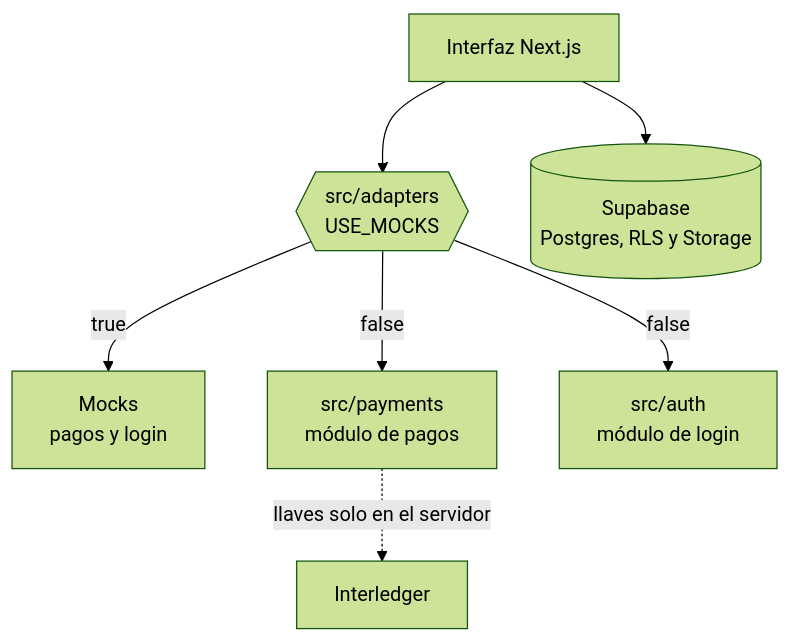
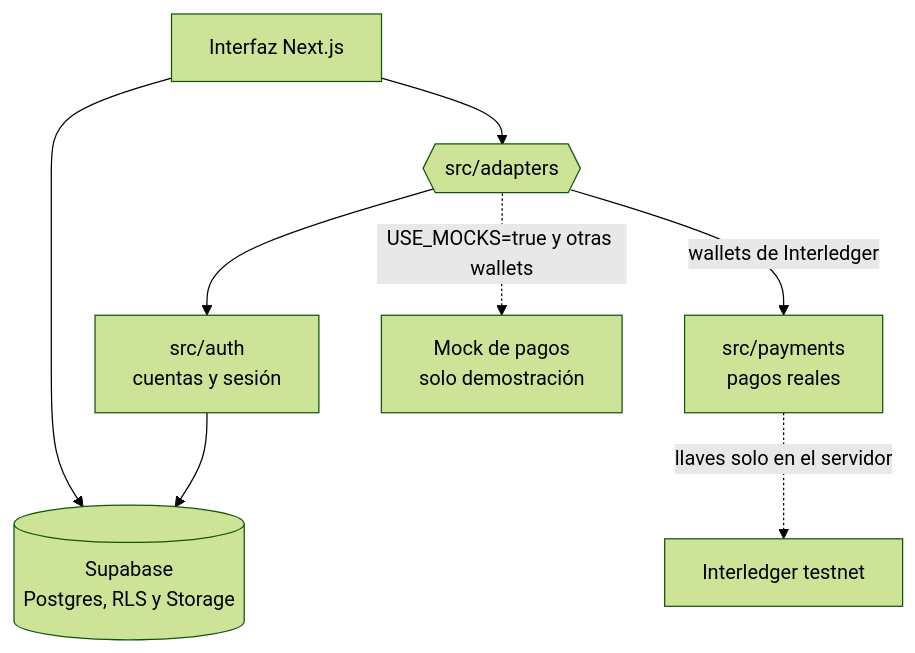
One commit to SalazarDukeImpactHub/terracierta-by-onyx changed the second of 2 diagrams in README.md. Above: the diagram before and after it, drawn with Mermaid (forest theme). The commit also changed other lines of this file and 3 other files, not shown here.

````diff
--- a/README.md
+++ b/README.md
@@ -107,9 +112,10 @@
 ```mermaid
 flowchart TB
-  UI[Interfaz Next.js] --> AD{{src/adapters<br/>USE_MOCKS}}
-  AD -->|true| MK[Mocks<br/>pagos y login]
-  AD -->|false| PAY[src/payments<br/>módulo de pagos]
-  AD -->|false| AUTH[src/auth<br/>módulo de login]
-  UI --> DB[(Supabase<br/>Postgres, RLS y Storage)]
-  PAY -. llaves solo en el servidor .-> OP[Interledger]
+  UI[Interfaz Next.js] --> AD{{src/adapters}}
+  AD --> AUTH[src/auth<br/>cuentas y sesión]
+  AD -->|wallets de Interledger| PAY[src/payments<br/>pagos reales]
+  AD -. USE_MOCKS=true y otras wallets .-> MK[Mock de pagos<br/>solo demostración]
+  AUTH --> DB[(Supabase<br/>Postgres, RLS y Storage)]
+  UI --> DB
+  PAY -. llaves solo en el servidor .-> OP[Interledger testnet]
 ```
````
